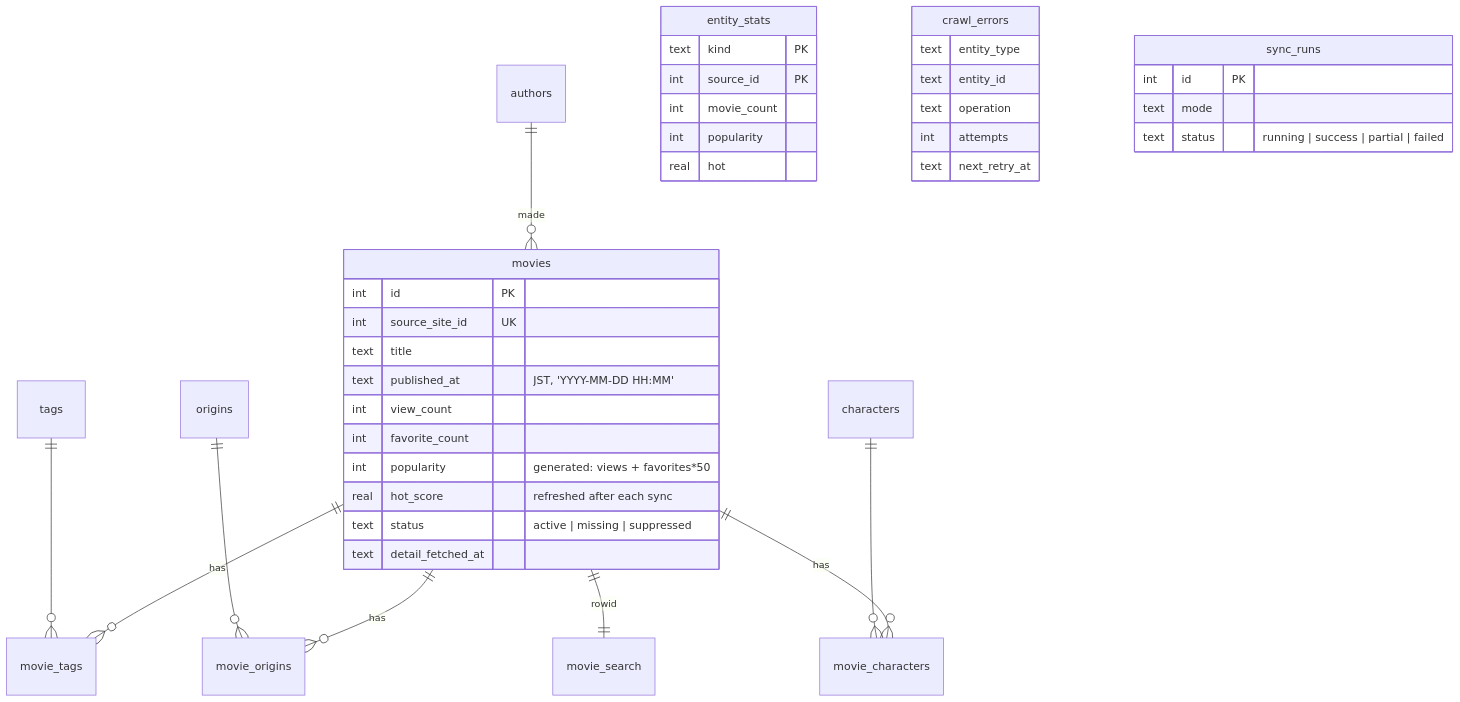
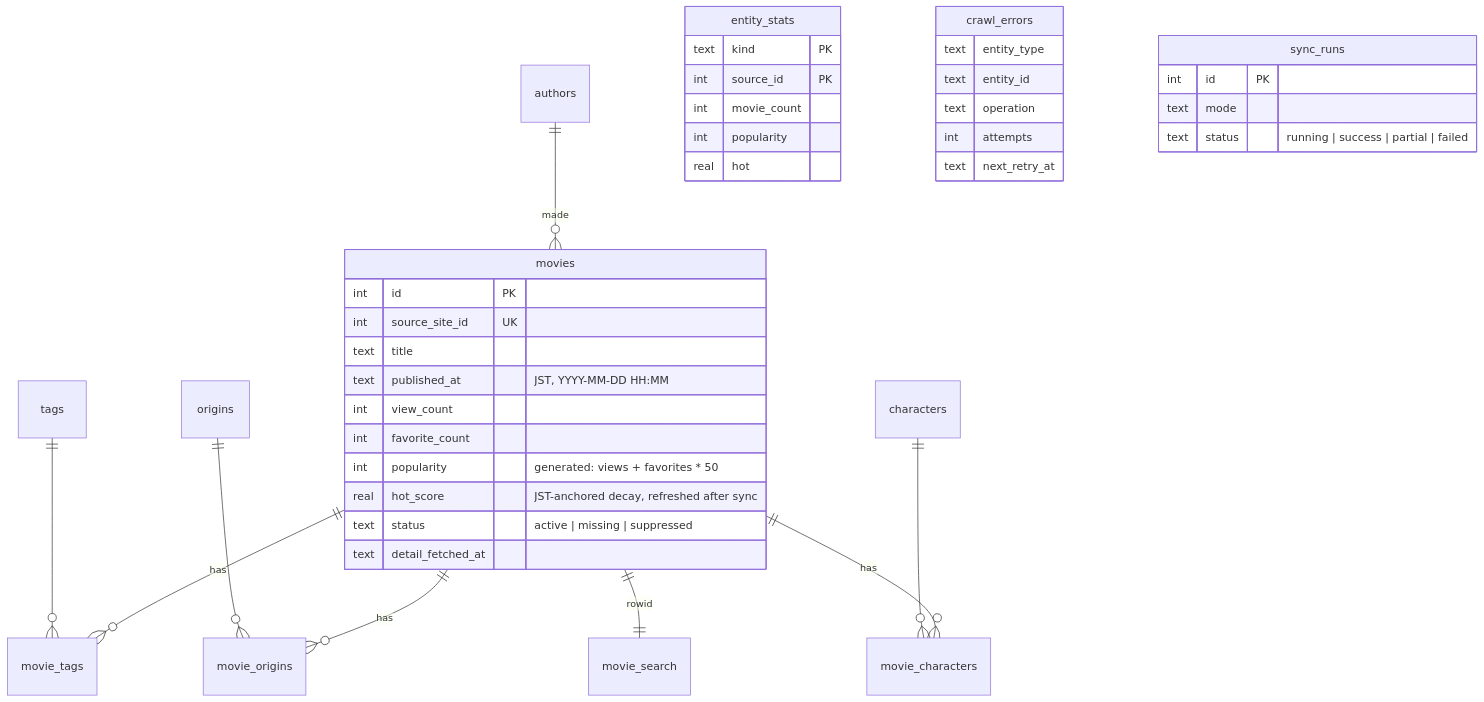
Before and after one commit to beautifulrem/iwara-search: the second of 2 diagrams in docs/architecture.md, drawn with Mermaid. The commit also changed other lines of this file and 33 other files, not shown here.

````diff
--- a/docs/architecture.md
+++ b/docs/architecture.md
@@ -48,42 +45,42 @@
 ```mermaid
 erDiagram
     movies ||--o{ movie_tags : has
     movies ||--o{ movie_origins : has
     movies ||--o{ movie_characters : has
     authors ||--o{ movies : made
     tags ||--o{ movie_tags : ""
     origins ||--o{ movie_origins : ""
     characters ||--o{ movie_characters : ""
     movies ||--|| movie_search : "rowid"
     movies {
         int id PK
         int source_site_id UK
         text title
-        text published_at "JST, 'YYYY-MM-DD HH:MM'"
+        text published_at "JST, YYYY-MM-DD HH:MM"
         int view_count
         int favorite_count
-        int popularity "generated: views + favorites*50"
-        real hot_score "refreshed after each sync"
+        int popularity "generated: views + favorites * 50"
+        real hot_score "JST-anchored decay, refreshed after sync"
         text status "active | missing | suppressed"
         text detail_fetched_at
     }
     entity_stats {
         text kind PK
         int source_id PK
         int movie_count
         int popularity
         real hot
     }
     crawl_errors {
         text entity_type
         text entity_id
         text operation
         int attempts
         text next_retry_at
     }
     sync_runs {
         int id PK
         text mode
         text status "running | success | partial | failed"
     }
 ```
````
